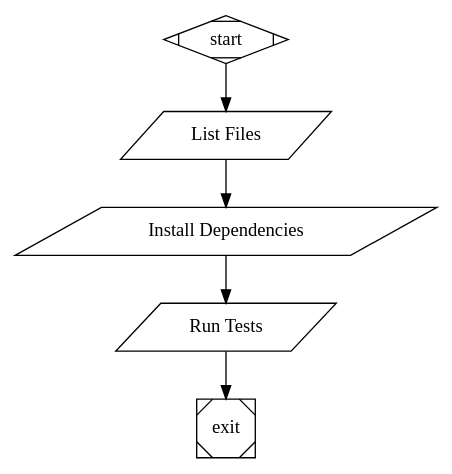
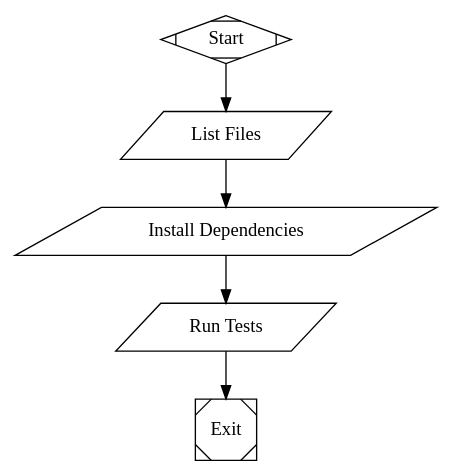
The diagram in examples/tool-workflow.dot (rkinder/attractor), drawn with Graphviz before and after one commit. The commit also changed 8 other files, not shown here.

```diff
--- a/examples/tool-workflow.dot
+++ b/examples/tool-workflow.dot
@@ -1,27 +1,27 @@
 digraph ToolExample {
-  start [shape=Mdiamond]
-  exit [shape=Msquare]
+  start [shape=Mdiamond, label="Start"]
+  exit [shape=Msquare, label="Exit"]
   
   listFiles [
-    shape=parallelogram
-    label="List Files"
-    tool_command="ls -la"
+    shape=parallelogram,
+    label="List Files",
+    tool_command="ls -la",
     timeout=5000
   ]
   
   npmInstall [
-    shape=parallelogram
-    label="Install Dependencies"
-    tool_command="npm install"
+    shape=parallelogram,
+    label="Install Dependencies",
+    tool_command="npm install",
     timeout=120000
   ]
   
   runTests [
-    shape=parallelogram
-    label="Run Tests"
-    tool_command="npm test"
+    shape=parallelogram,
+    label="Run Tests",
+    tool_command="npm test",
     timeout=60000
   ]
   
   start -> listFiles -> npmInstall -> runTests -> exit
 }
```
